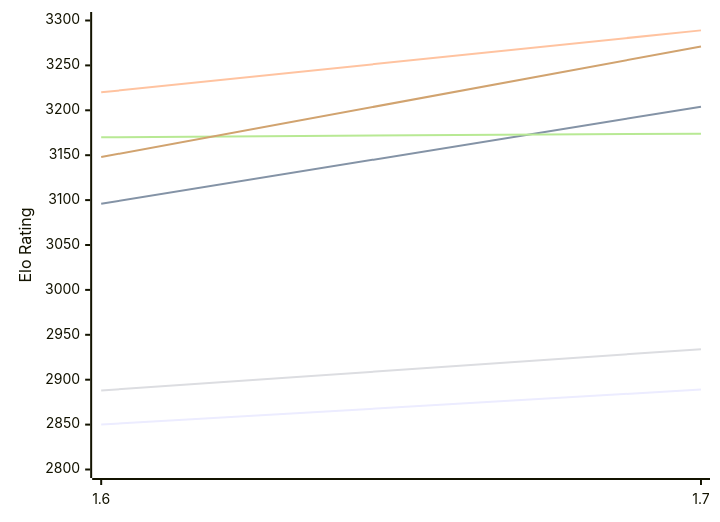
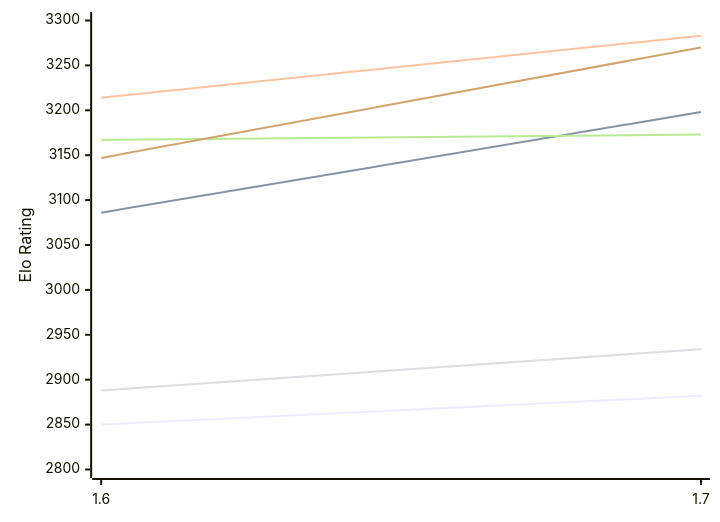
Before and after one commit to computer-chess-index/cci: the first of 2 diagrams in engines/Bitbit.md, drawn with Mermaid. The commit also changed other lines of this file, not shown here.

Commit message:
Update CCI Ratings (ELO VLTC) - 2026-11-26

````diff
--- a/engines/Bitbit.md
+++ b/engines/Bitbit.md
@@ -50,12 +50,12 @@
 ```mermaid
 %%{init: {"theme":"base","themeVariables":{"seriesColors:['#a3a3a3','#222221','#faa371']}}}%%
 xychart-beta
   x-axis ["1.6", "1.7"]
   y-axis "Elo Rating" 2800 --> 3300
-  line "E1: STC (8.0+0.08s)" [2850, 2889]
-  line "E1: LTC (60.0+0.60s)" [3096, 3204]
-  line "E1: VLTC (2m24s+1.12s)" [3220, 3289]
+  line "E1: STC (8.0+0.08s)" [2850, 2882]
+  line "E1: LTC (60.0+0.60s)" [3086, 3198]
+  line "E1: VLTC (2m24s+1.12s)" [3214, 3283]
   line "P1: STC (8.0+0.08s)" [2888, 2934]
-  line "P1: LTC (60.0+0.60s)" [3170, 3174]
-  line "P1: VLTC (2m24s+1.12s)" [3148, 3271]
+  line "P1: LTC (60.0+0.60s)" [3167, 3173]
+  line "P1: VLTC (2m24s+1.12s)" [3147, 3270]
 ```
````
